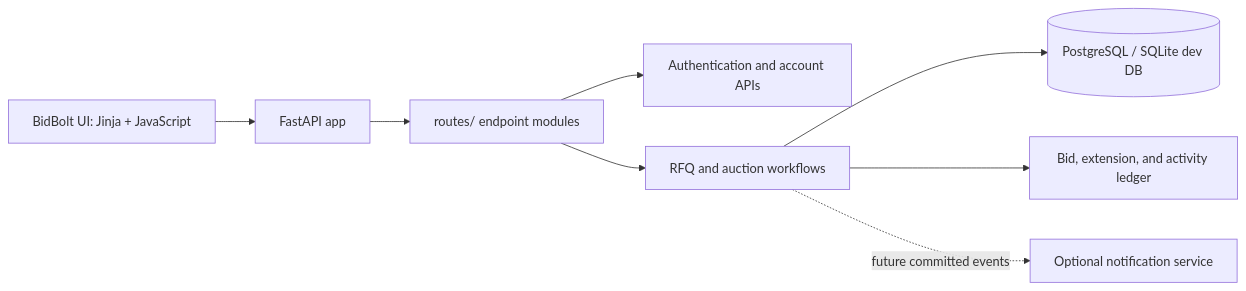
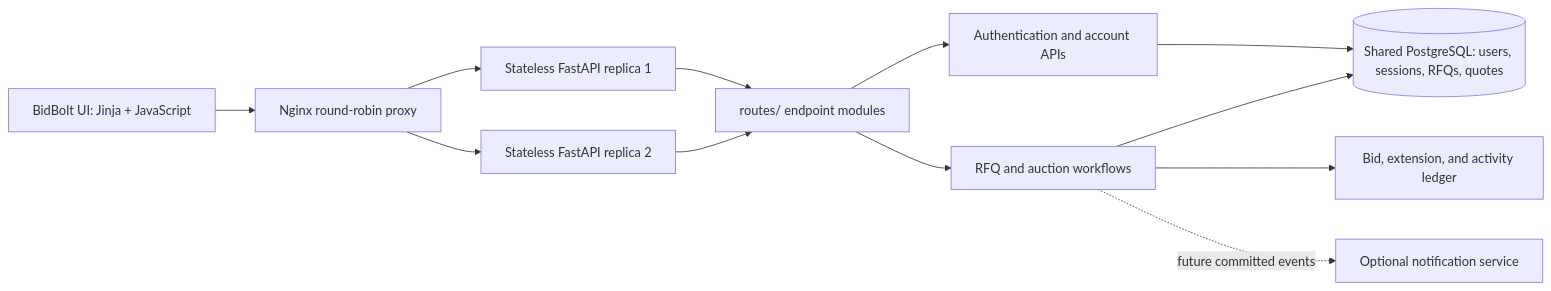
The diagram in README.md (uday-sh/GO_COMET_RFQ), drawn with Mermaid before and after one commit. The commit also changed other lines of this file and 22 other files, not shown here.

````diff
--- a/README.md
+++ b/README.md
@@ -9,10 +9,14 @@
 ```mermaid
 flowchart LR
-  Browser[BidBolt UI: Jinja + JavaScript] --> API[FastAPI app]
-  API --> Routes[routes/ endpoint modules]
+  Browser[BidBolt UI: Jinja + JavaScript] --> Nginx[Nginx round-robin proxy]
+  Nginx --> App1[Stateless FastAPI replica 1]
+  Nginx --> App2[Stateless FastAPI replica 2]
+  App1 --> Routes[routes/ endpoint modules]
+  App2 --> Routes
   Routes --> Identity[Authentication and account APIs]
   Routes --> Auctions[RFQ and auction workflows]
-  Auctions --> DB[(PostgreSQL / SQLite dev DB)]
+  Identity --> DB[(Shared PostgreSQL: users, sessions, RFQs, quotes)]
+  Auctions --> DB
   Auctions --> Audit[Bid, extension, and activity ledger]
   Auctions -. future committed events .-> Notify[Optional notification service]
 ```
````
